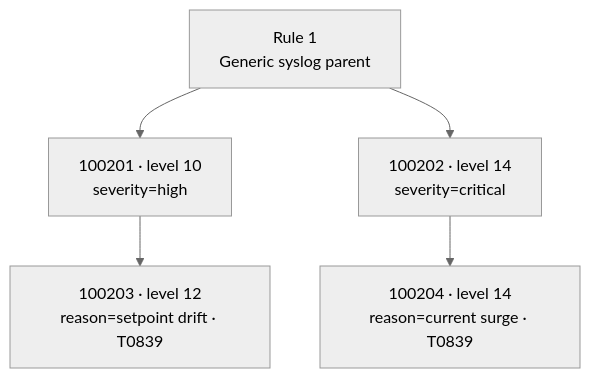
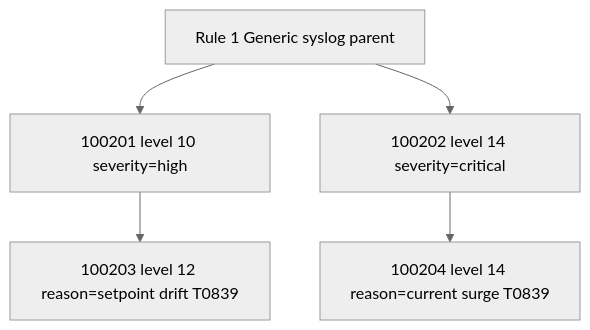
Before and after one commit to olufemiadeoye77/ot-soc-refinery: the third of 3 diagrams in README.md, drawn with Mermaid (neutral theme). The commit also changed other lines of this file, not shown here.

````diff
--- a/README.md
+++ b/README.md
@@ -109,13 +111,13 @@
 ```mermaid
 flowchart TD
-    R1[Rule 1<br/>Generic syslog parent]
-    R201[100201 · level 10<br/>severity=high]
-    R202[100202 · level 14<br/>severity=critical]
-    R203[100203 · level 12<br/>reason=setpoint drift · T0839]
-    R204[100204 · level 14<br/>reason=current surge · T0839]
+    R1["Rule 1 Generic syslog parent"]
+    R201["100201 level 10 severity=high"]
+    R202["100202 level 14 severity=critical"]
+    R203["100203 level 12 reason=setpoint drift T0839"]
+    R204["100204 level 14 reason=current surge T0839"]
 
     R1 --> R201
     R1 --> R202
     R201 --> R203
     R202 --> R204
 ```
````
